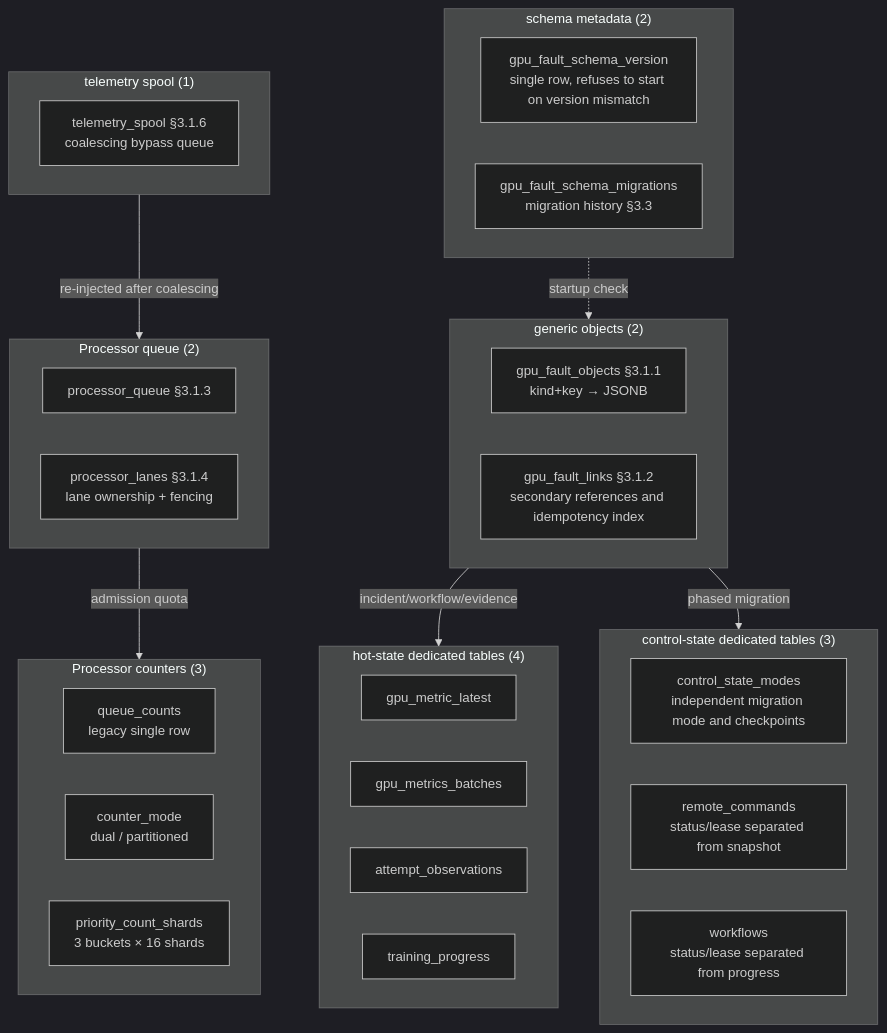
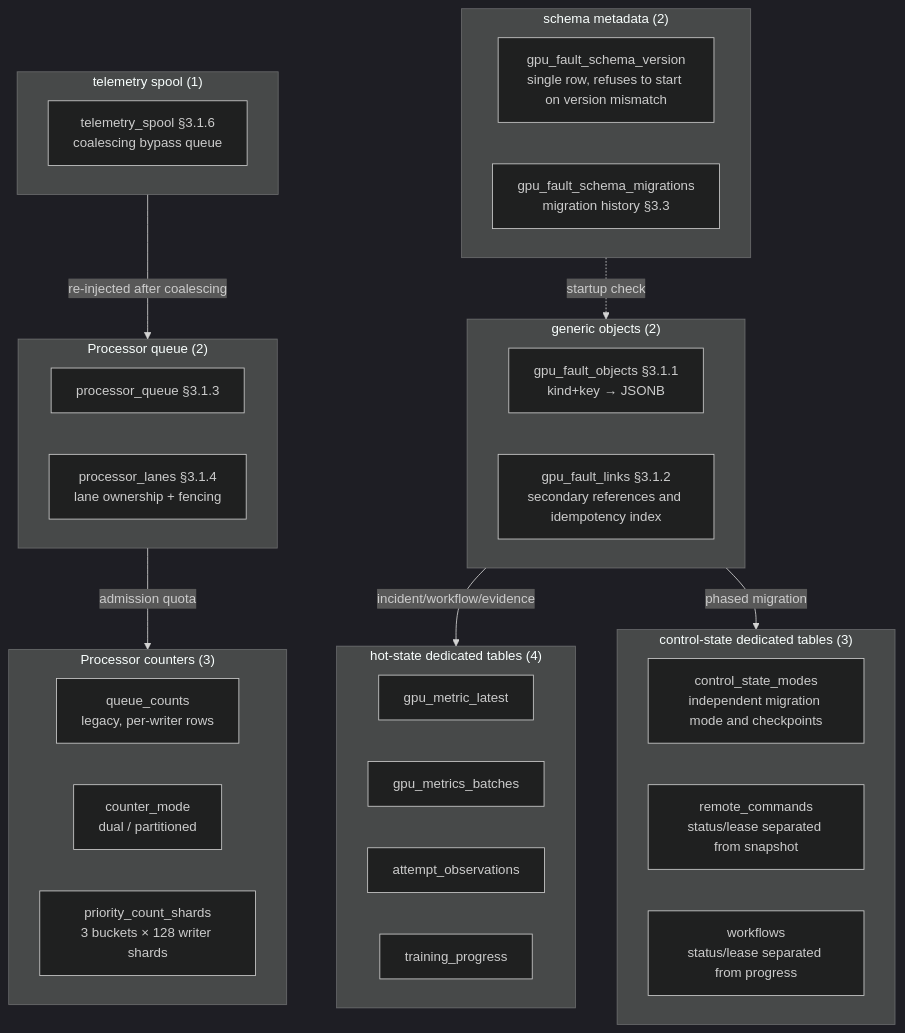
Before and after one commit to yuhuiaws/GPU-Fault-Recovery-System: the ninth of 9 diagrams in docs/en/detailed-design.md, drawn with Mermaid (dark theme). The commit also changed other lines of this file and 38 other files, not shown here.

````diff
--- a/docs/en/detailed-design.md
+++ b/docs/en/detailed-design.md
@@ -3186,40 +3186,40 @@
 ```mermaid
 flowchart TB
     subgraph G1["schema metadata (2)"]
         T1["gpu_fault_schema_version<br/>single row, refuses to start on version mismatch"]
         T2["gpu_fault_schema_migrations<br/>migration history §3.3"]
     end
     subgraph G2["generic objects (2)"]
         T3["gpu_fault_objects §3.1.1<br/>kind+key → JSONB"]
         T4["gpu_fault_links §3.1.2<br/>secondary references and idempotency index"]
     end
     subgraph G3["hot-state dedicated tables (4)"]
         T5["gpu_metric_latest"]
         T6["gpu_metrics_batches"]
         T7["attempt_observations"]
         T8["training_progress"]
     end
     subgraph G4["Processor queue (2)"]
         T9["processor_queue §3.1.3"]
         T10["processor_lanes §3.1.4<br/>lane ownership + fencing"]
     end
     subgraph G5["Processor counters (3)"]
-        T11["queue_counts<br/>legacy single row"]
+        T11["queue_counts<br/>legacy, per-writer rows"]
         T12["counter_mode<br/>dual / partitioned"]
-        T13["priority_count_shards<br/>3 buckets × 16 shards"]
+        T13["priority_count_shards<br/>3 buckets × 128 writer shards"]
     end
     subgraph G6["telemetry spool (1)"]
         T14["telemetry_spool §3.1.6<br/>coalescing bypass queue"]
     end
     subgraph G7["control-state dedicated tables (3)"]
         T15["control_state_modes<br/>independent migration mode and checkpoints"]
         T16["remote_commands<br/>status/lease separated from snapshot"]
         T17["workflows<br/>status/lease separated from progress"]
     end
 
     G1 -.->|startup check| G2
     G4 -->|admission quota| G5
     G6 -->|re-injected after coalescing| G4
     G2 -->|incident/workflow/evidence| G3
     G2 -->|phased migration| G7
 ```
````
